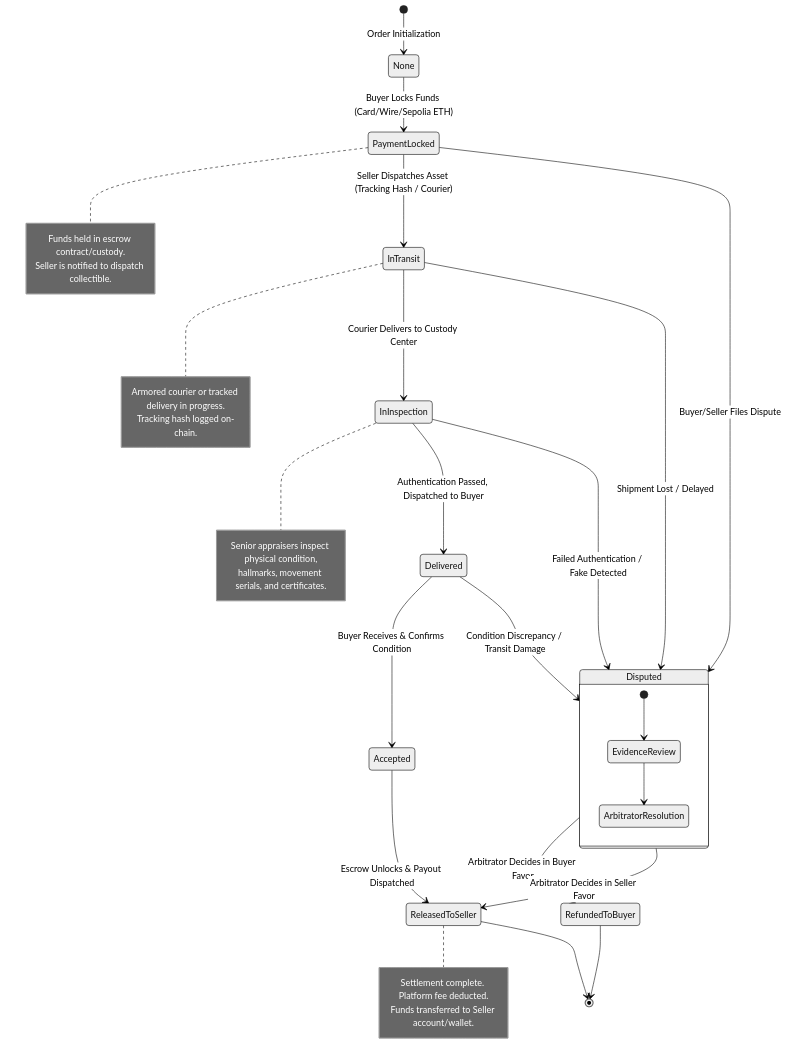
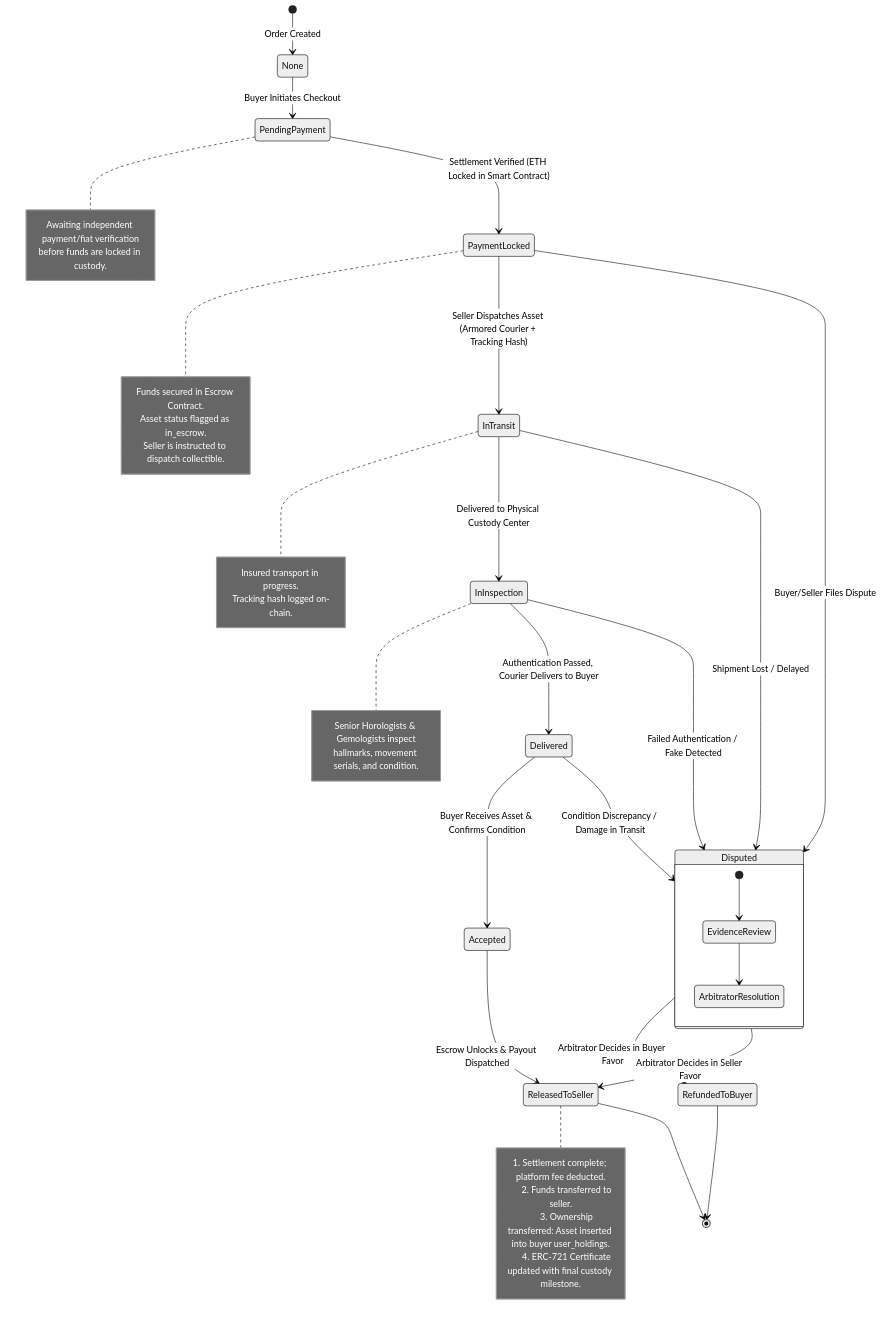
Before and after one commit to dxxxrn1/SmartAssets: the second of 10 diagrams in docs/SYSTEM_DIAGRAMS.md, drawn with Mermaid (neutral theme). The commit also changed other lines of this file and 5 other files, not shown here.

Commit message:
docs: sync architecture, database schema, and Mermaid diagrams with latest dev merge

````diff
--- a/docs/SYSTEM_DIAGRAMS.md
+++ b/docs/SYSTEM_DIAGRAMS.md
@@ -99,49 +104,58 @@
 ```mermaid
 stateDiagram-v2
-    [*] --> None : Order Initialization
+    [*] --> None : Order Created
 
-    None --> PaymentLocked : Buyer Locks Funds (Card/Wire/Sepolia ETH)
-    note right of PaymentLocked
-      Funds held in escrow contract/custody.
-      Seller is notified to dispatch collectible.
+    None --> PendingPayment : Buyer Initiates Checkout
+    note right of PendingPayment
+      Awaiting independent payment/fiat verification
+      before funds are locked in custody.
     end note
 
-    PaymentLocked --> InTransit : Seller Dispatches Asset (Tracking Hash / Courier)
+    PendingPayment --> PaymentLocked : Settlement Verified (ETH Locked in Smart Contract)
+    note right of PaymentLocked
+      Funds secured in Escrow Contract.
+      Asset status flagged as in_escrow.
+      Seller is instructed to dispatch collectible.
+    end note
+
+    PaymentLocked --> InTransit : Seller Dispatches Asset (Armored Courier + Tracking Hash)
     note right of InTransit
-      Armored courier or tracked delivery in progress.
+      Insured transport in progress.
       Tracking hash logged on-chain.
     end note
 
-    InTransit --> InInspection : Courier Delivers to Custody Center
+    InTransit --> InInspection : Delivered to Physical Custody Center
     note right of InInspection
-      Senior appraisers inspect physical condition,
-      hallmarks, movement serials, and certificates.
+      Senior Horologists & Gemologists inspect
+      hallmarks, movement serials, and condition.
     end note
 
-    InInspection --> Delivered : Authentication Passed, Dispatched to Buyer
-    Delivered --> Accepted : Buyer Receives & Confirms Condition
+    InInspection --> Delivered : Authentication Passed, Courier Delivers to Buyer
+    Delivered --> Accepted : Buyer Receives Asset & Confirms Condition
 
     Accepted --> ReleasedToSeller : Escrow Unlocks & Payout Dispatched
     note right of ReleasedToSeller
-      Settlement complete. Platform fee deducted.
-      Funds transferred to Seller account/wallet.
+      1. Settlement complete; platform fee deducted.
+      2. Funds transferred to seller.
+      3. Ownership transferred: Asset inserted into buyer user_holdings.
+      4. ERC-721 Certificate updated with final custody milestone.
     end note
 
     ReleasedToSeller --> [*]
 
     %% Dispute Branch
     PaymentLocked --> Disputed : Buyer/Seller Files Dispute
     InTransit --> Disputed : Shipment Lost / Delayed
     InInspection --> Disputed : Failed Authentication / Fake Detected
-    Delivered --> Disputed : Condition Discrepancy / Transit Damage
+    Delivered --> Disputed : Condition Discrepancy / Damage in Transit
 
     state Disputed {
         [*] --> EvidenceReview
         EvidenceReview --> ArbitratorResolution
     }
 
     Disputed --> RefundedToBuyer : Arbitrator Decides in Buyer Favor
     Disputed --> ReleasedToSeller : Arbitrator Decides in Seller Favor
 
     RefundedToBuyer --> [*]
 ```
````
